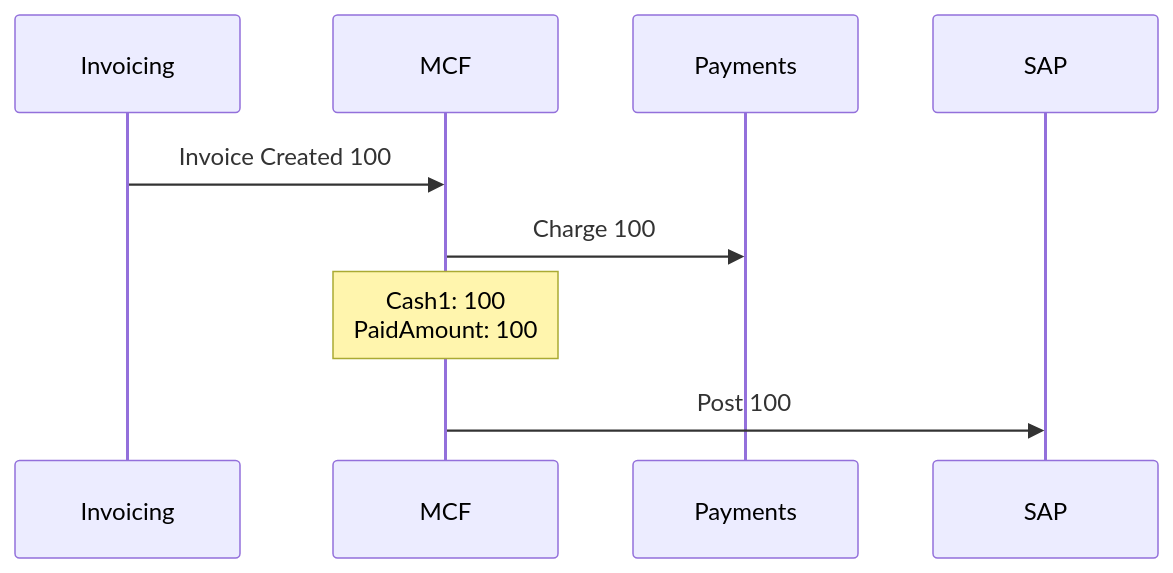
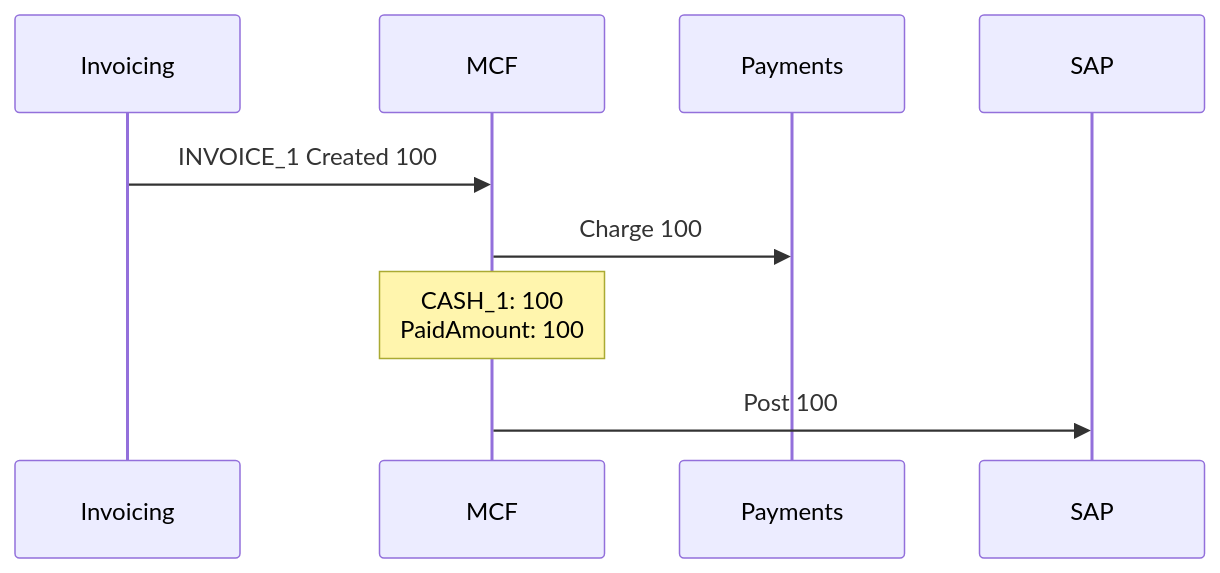
Before and after one commit to vikramsinha/test1: the first of 17 diagrams in MCF-SAP Scenarios.md, drawn with Mermaid. The commit also changed other lines of this file, not shown here.

Commit message:
Update MCF-SAP Scenarios.md

````diff
--- a/MCF-SAP Scenarios.md
+++ b/MCF-SAP Scenarios.md
@@ -2,12 +2,12 @@
 ```mermaid
 %%{init: {'theme': 'default'} }%%
 sequenceDiagram
     participant Invoicing
     participant MCF
     participant Payments
     participant SAP
-    Invoicing->>MCF: Invoice Created 100
+    Invoicing->>MCF: INVOICE_1 Created 100
     MCF->>Payments: Charge 100
-    Note over MCF: Cash1: 100<br/>PaidAmount: 100
+    Note over MCF: CASH_1: 100<br/>PaidAmount: 100
     MCF->>SAP: Post 100   
 ```
````
